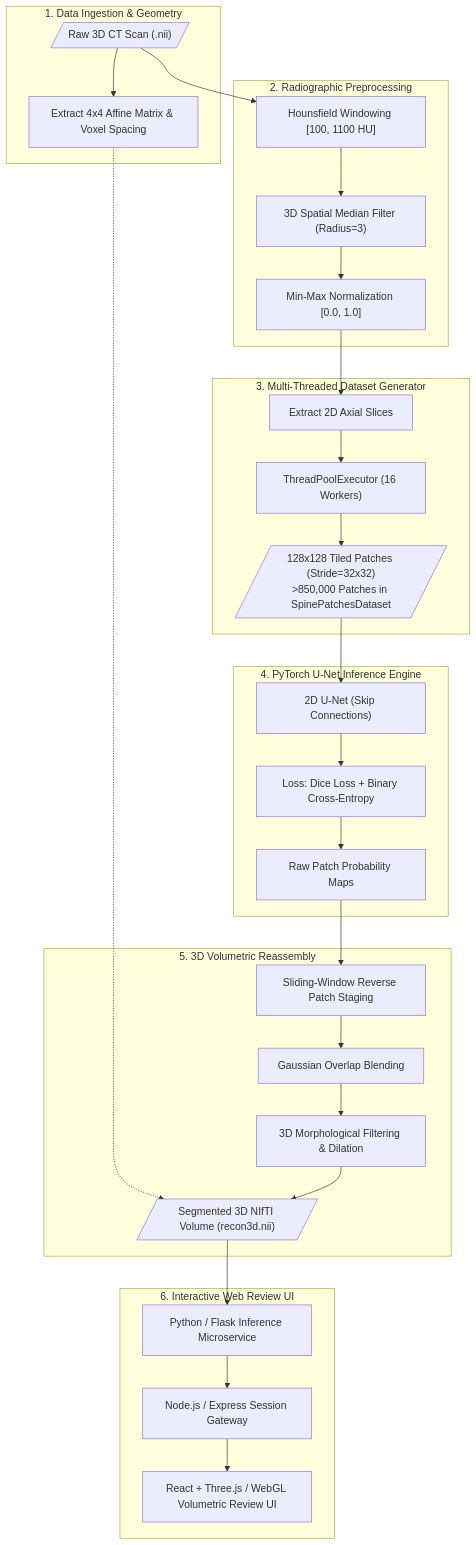
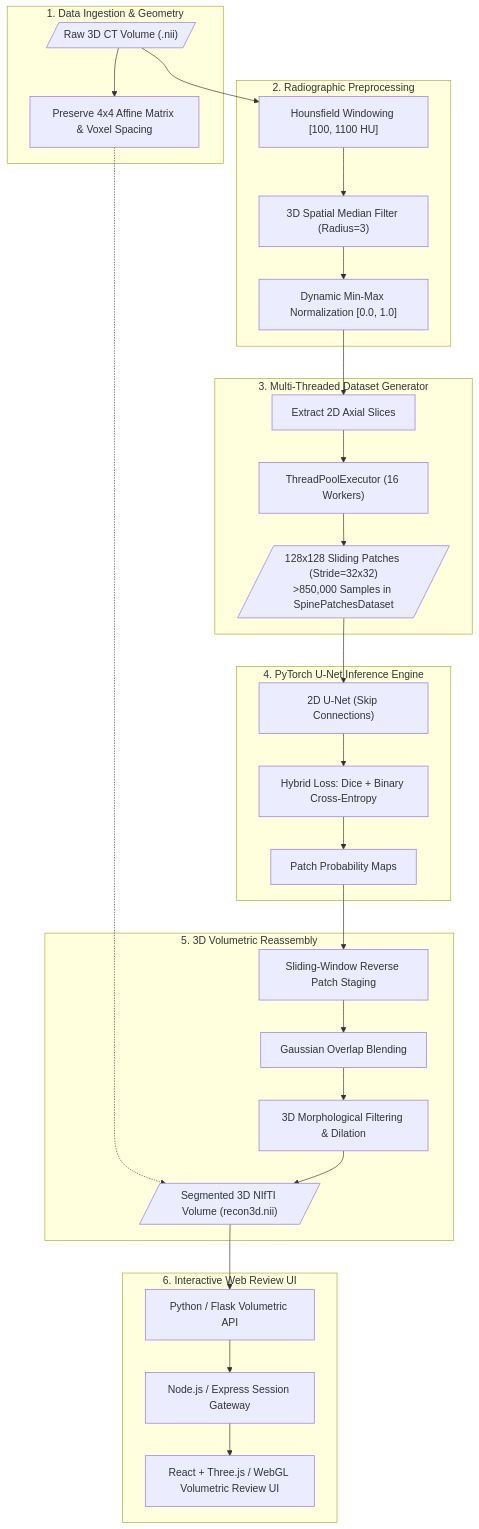
One commit to Nawaz393/spine-vertebrae-segmentation-architecture changed the diagram in README.md. Above: the diagram before and after it, drawn with Mermaid. The commit also changed other lines of this file and 9 other files, not shown here.

````diff
--- a/README.md
+++ b/README.md
@@ -42,38 +45,38 @@
 ```mermaid
 flowchart TB
-    subgraph Ingestion ["1. Data Ingestion & Geometry"]
-        RAW[/"Raw 3D CT Scan (.nii)"/] --> HEADERS["Extract 4x4 Affine Matrix & Voxel Spacing"]
+    subgraph Step1 ["1. Data Ingestion & Geometry"]
+        RAW[/"Raw 3D CT Volume (.nii)"/] --> AFFINE["Preserve 4x4 Affine Matrix & Voxel Spacing"]
     end
 
-    subgraph Preprocessing ["2. Radiographic Preprocessing"]
+    subgraph Step2 ["2. Radiographic Preprocessing"]
         RAW --> HU["Hounsfield Windowing [100, 1100 HU]"]
         HU --> MEDIAN["3D Spatial Median Filter (Radius=3)"]
-        MEDIAN --> NORM["Min-Max Normalization [0.0, 1.0]"]
+        MEDIAN --> NORM["Dynamic Min-Max Normalization [0.0, 1.0]"]
     end
 
-    subgraph PatchGenerator ["3. Multi-Threaded Dataset Generator"]
-        NORM --> AXIAL["Extract 2D Axial Slices"]
-        AXIAL --> THREADS["ThreadPoolExecutor (16 Workers)"]
-        THREADS --> PATCHES[/"128x128 Tiled Patches (Stride=32x32)<br/>>850,000 Patches in SpinePatchesDataset"/]
+    subgraph Step3 ["3. Multi-Threaded Dataset Generator"]
+        NORM --> SLICES["Extract 2D Axial Slices"]
+        SLICES --> POOL["ThreadPoolExecutor (16 Workers)"]
+        POOL --> TILES[/"128x128 Sliding Patches (Stride=32x32)<br/>>850,000 Samples in SpinePatchesDataset"/]
     end
 
-    subgraph DeepLearning ["4. PyTorch U-Net Inference Engine"]
-        PATCHES --> UNET["2D U-Net (Skip Connections)"]
-        UNET --> LOSS["Loss: Dice Loss + Binary Cross-Entropy"]
-        LOSS --> PREDS["Raw Patch Probability Maps"]
+    subgraph Step4 ["4. PyTorch U-Net Inference Engine"]
+        TILES --> UNET["2D U-Net (Skip Connections)"]
+        UNET --> LOSS["Hybrid Loss: Dice + Binary Cross-Entropy"]
+        LOSS --> PREDS["Patch Probability Maps"]
     end
 
-    subgraph Reconstruction ["5. 3D Volumetric Reassembly"]
+    subgraph Step5 ["5. 3D Volumetric Reassembly"]
         PREDS --> STITCH["Sliding-Window Reverse Patch Staging"]
         STITCH --> GAUSS["Gaussian Overlap Blending"]
         GAUSS --> MORPH["3D Morphological Filtering & Dilation"]
-        HEADERS -.-> RECON[/"Segmented 3D NIfTI Volume (recon3d.nii)"/]
-        MORPH --> RECON
+        AFFINE -.-> NIFTI_OUT[/"Segmented 3D NIfTI Volume (recon3d.nii)"/]
+        MORPH --> NIFTI_OUT
     end
 
-    subgraph ReviewSuite ["6. Interactive Web Review UI"]
-        RECON --> FLASK["Python / Flask Inference Microservice"]
+    subgraph Step6 ["6. Interactive Web Review UI"]
+        NIFTI_OUT --> FLASK["Python / Flask Volumetric API"]
         FLASK --> NODE["Node.js / Express Session Gateway"]
         NODE --> REACT["React + Three.js / WebGL Volumetric Review UI"]
     end
 ```
````
